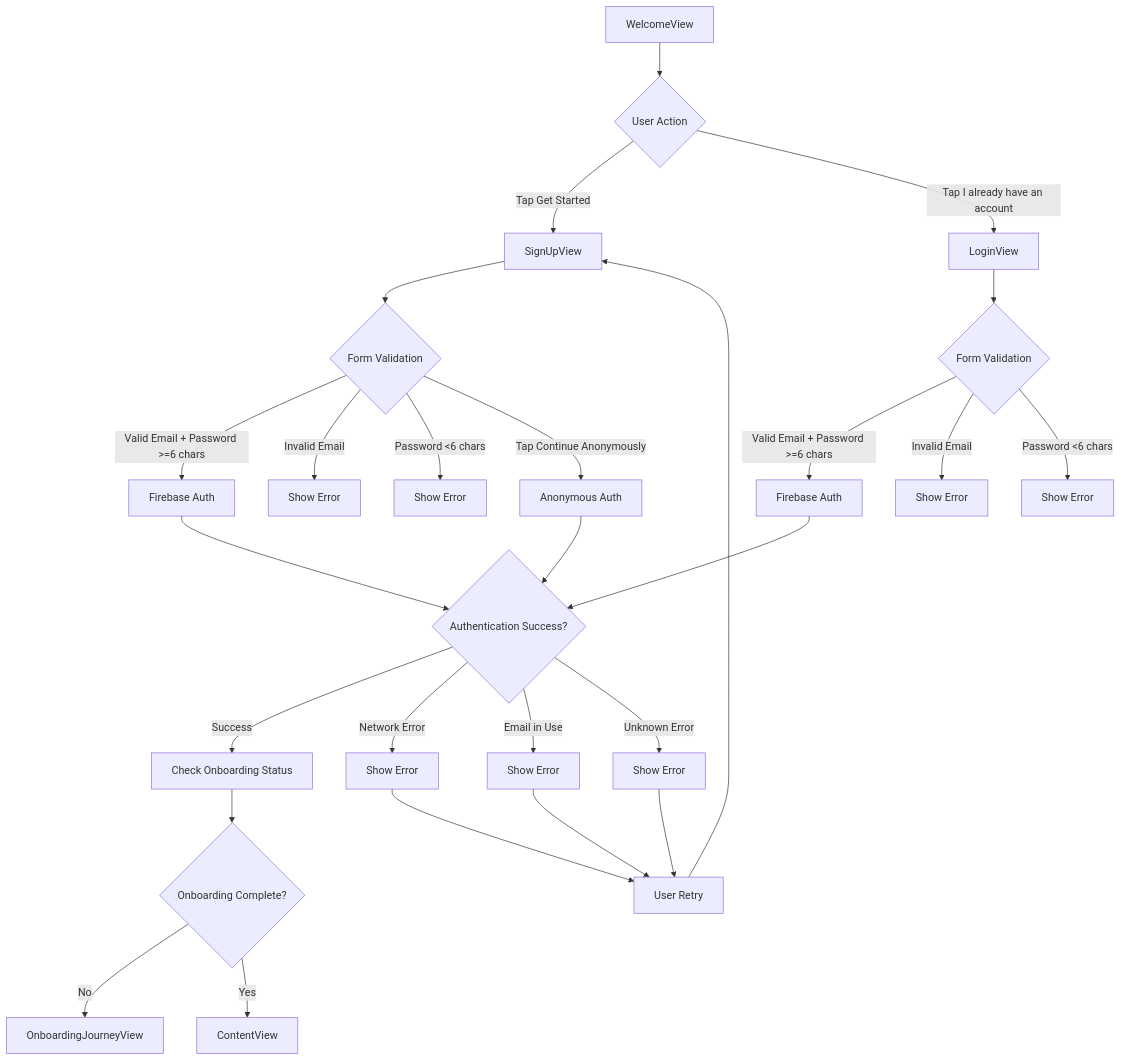
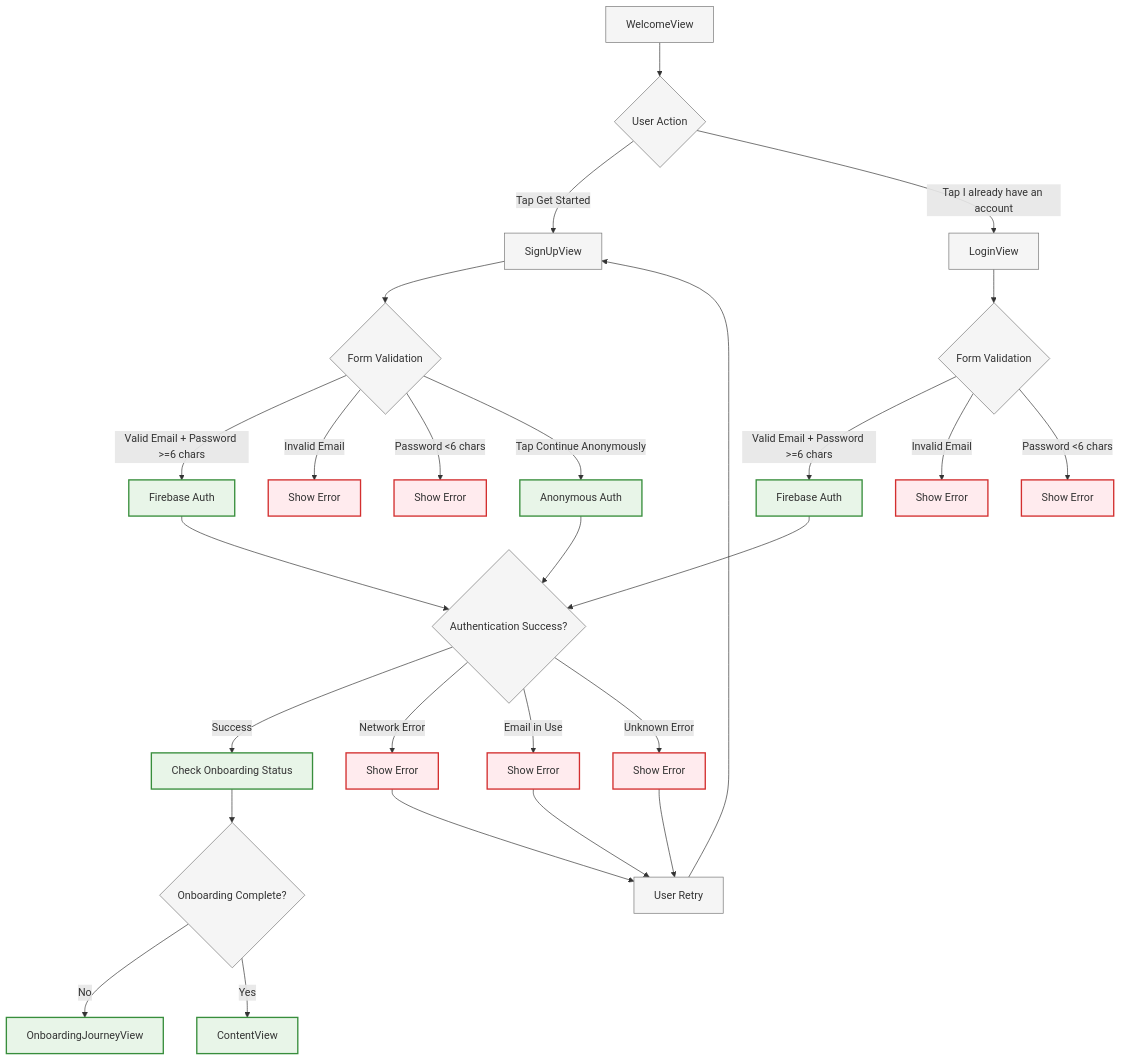
Before and after one commit to PoisonIvory/sage: the first of 16 diagrams in USER_JOURNEY.md, drawn with Mermaid. The commit also changed other lines of this file, not shown here.

Commit message:
Add visual color coding to distinguish success vs error paths

````diff
--- a/USER_JOURNEY.md
+++ b/USER_JOURNEY.md
@@ -10,36 +16,44 @@
 ```mermaid
 graph TD
     A[WelcomeView] --> B{User Action}
     
     B -->|Tap Get Started| C[SignUpView]
     B -->|Tap I already have an account| D[LoginView]
     
     C --> F{Form Validation}
     F -->|Valid Email + Password >=6 chars| G[Firebase Auth]
     F -->|Invalid Email| H[Show Error]
     F -->|Password <6 chars| I[Show Error]
     F -->|Tap Continue Anonymously| J[Anonymous Auth]
     
     D --> K{Form Validation}
     K -->|Valid Email + Password >=6 chars| L[Firebase Auth]
     K -->|Invalid Email| M[Show Error]
     K -->|Password <6 chars| N[Show Error]
     
     G --> O{Authentication Success?}
     L --> O
     J --> O
     
     O -->|Success| P[Check Onboarding Status]
     O -->|Network Error| Q[Show Error]
     O -->|Email in Use| R[Show Error]
     O -->|Unknown Error| S[Show Error]
     
     Q --> T[User Retry]
     R --> T
     S --> T
     T --> C
     
     P --> U{Onboarding Complete?}
     U -->|No| V[OnboardingJourneyView]
     U -->|Yes| W[ContentView]
+    
+    classDef success fill:#e8f5e8,stroke:#388e3c,stroke-width:2px
+    classDef error fill:#ffebee,stroke:#d32f2f,stroke-width:2px
+    classDef neutral fill:#f5f5f5,stroke:#757575,stroke-width:1px
+    
+    class G,L,J,P,V,W success
+    class H,I,M,N,Q,R,S error
+    class A,B,C,D,F,K,O,U,T neutral
 ```
````
